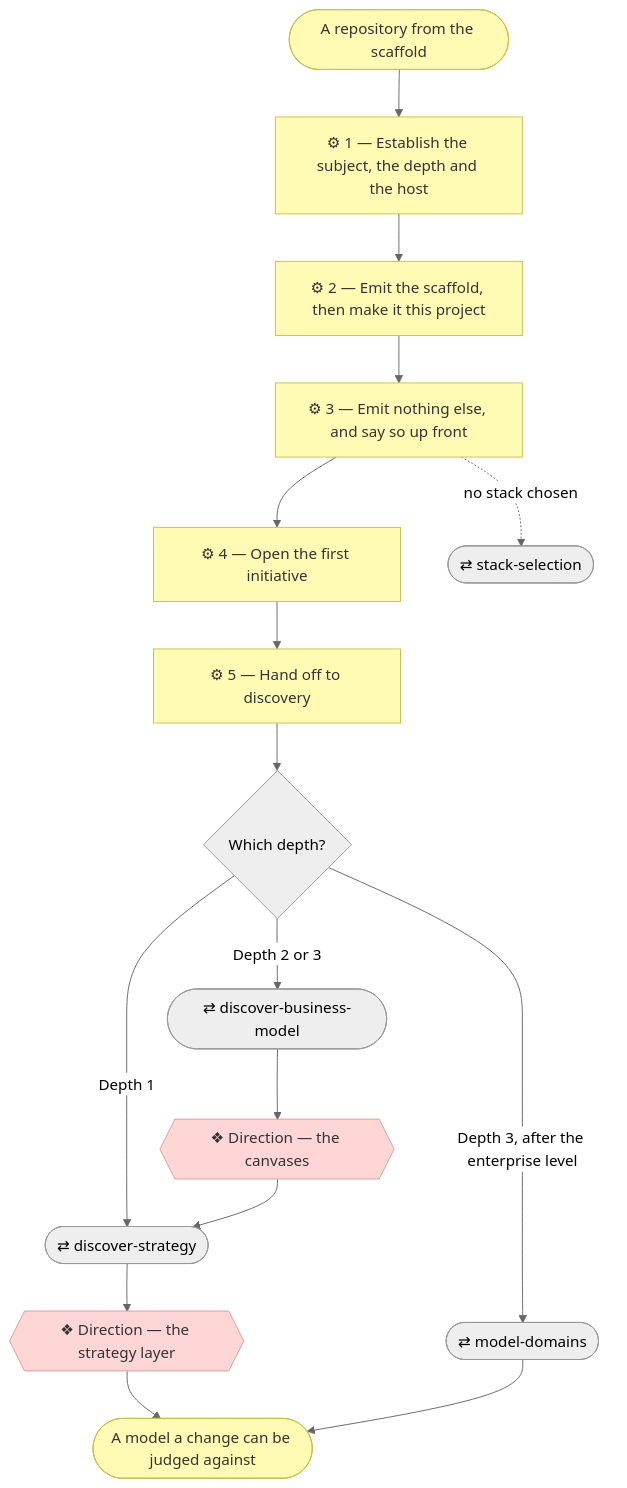
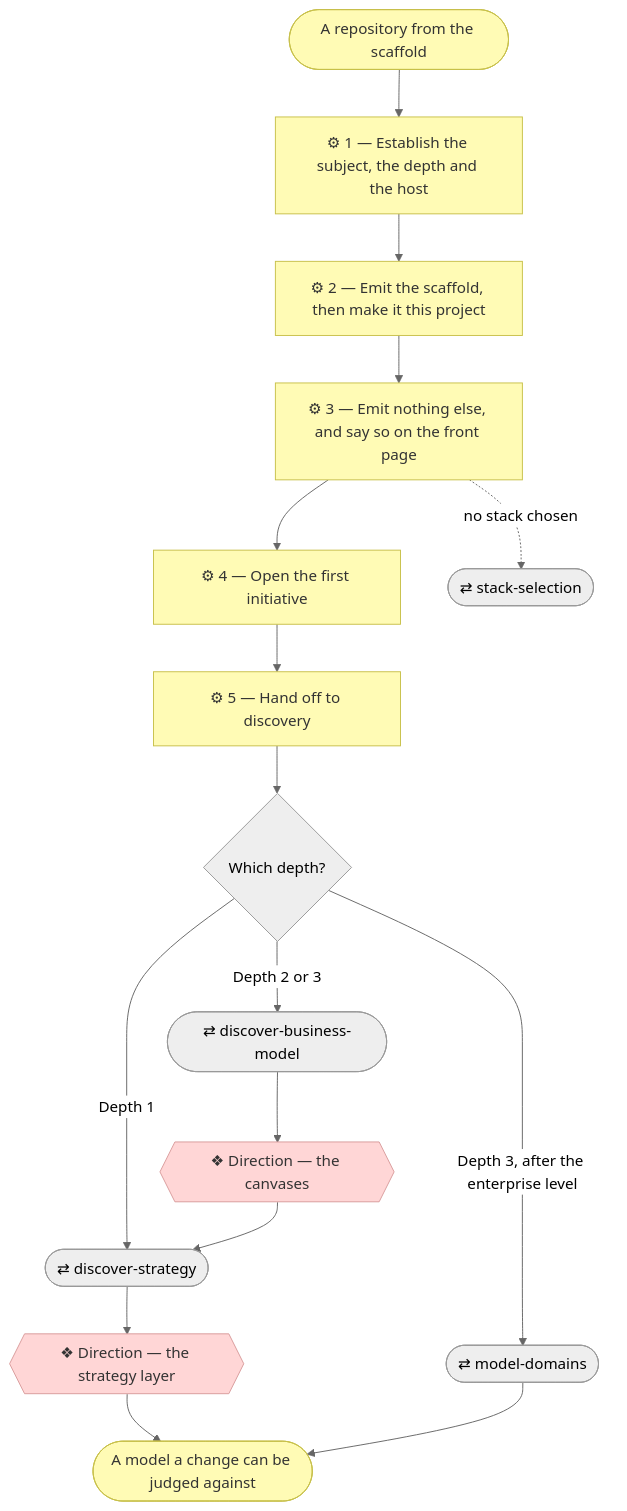
Before and after one commit to roanboc/archreator: the diagram in plugins/archreator/skills/establish-project/SKILL.md, drawn with Mermaid (neutral theme). The commit also changed other lines of this file and 16 other files, not shown here.

````diff
--- a/plugins/archreator/skills/establish-project/SKILL.md
+++ b/plugins/archreator/skills/establish-project/SKILL.md
@@ -41,29 +41,29 @@
 ```mermaid
 flowchart TD
   req(["A repository from the scaffold"])
   s1["⚙ 1 — Establish the subject, the depth and the host"]
   s2["⚙ 2 — Emit the scaffold, then make it this project"]
-  s3["⚙ 3 — Emit nothing else, and say so up front"]
+  s3["⚙ 3 — Emit nothing else, and say so on the front page"]
   s4["⚙ 4 — Open the first initiative"]
   s5["⚙ 5 — Hand off to discovery"]
   d{"Which depth?"}
   ss(["⇄ stack-selection"])
   dbm(["⇄ discover-business-model"])
   ds(["⇄ discover-strategy"])
   md(["⇄ model-domains"])
   g0{{"❖ Direction — the canvases"}}
   g1{{"❖ Direction — the strategy layer"}}
   out(["A model a change can be judged against"])
 
   req --> s1 --> s2 --> s3 --> s4 --> s5 --> d
   s3 -. no stack chosen .-> ss
   d -->|Depth 1| ds
   d -->|Depth 2 or 3| dbm --> g0 --> ds
   ds --> g1 --> out
   d -->|Depth 3, after the enterprise level| md --> out
 
   classDef business fill:#fffbb5,stroke:#c8c04a,color:#333
   classDef implementation fill:#ffd6d6,stroke:#d99b9b,color:#333
   class s1,s2,s3,s4,s5,req,out business
   class g0,g1 implementation
 ```
````
